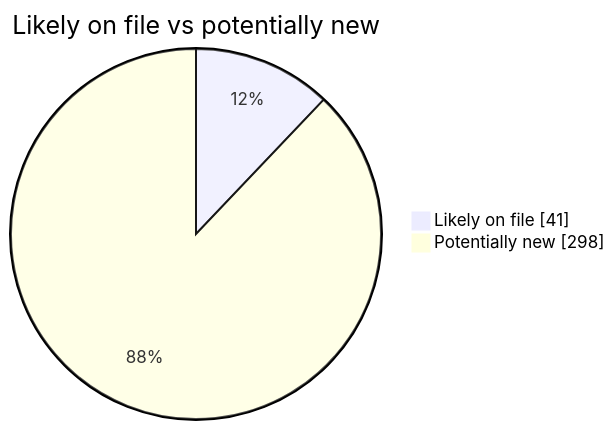
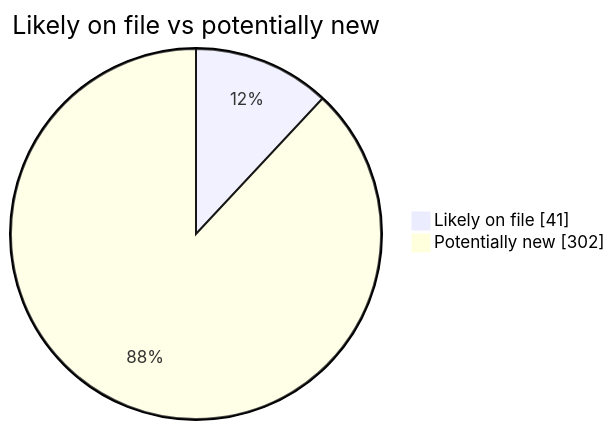
The second of 4 diagrams in README.md (martinbalfanz/social-scanner-reports), drawn with Mermaid before and after one commit. The commit also changed other lines of this file and 6 other files, not shown here.

````diff
--- a/README.md
+++ b/README.md
@@ -40,5 +40,5 @@
 ```mermaid
 pie showData title Likely on file vs potentially new
     "Likely on file" : 41
-    "Potentially new" : 298
+    "Potentially new" : 302
 ```
````
